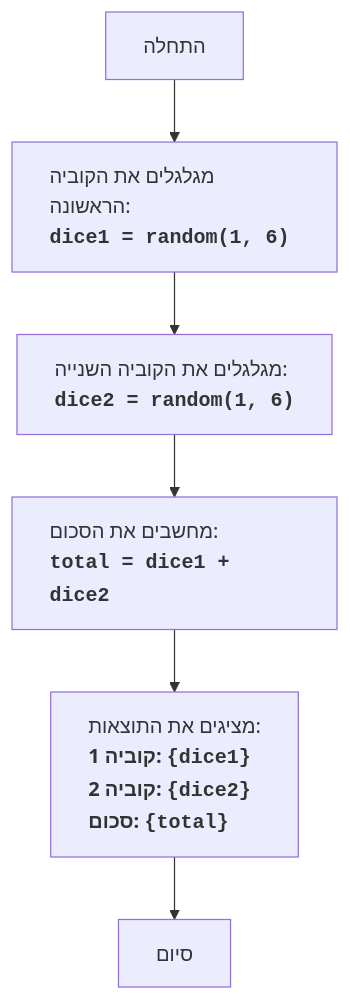
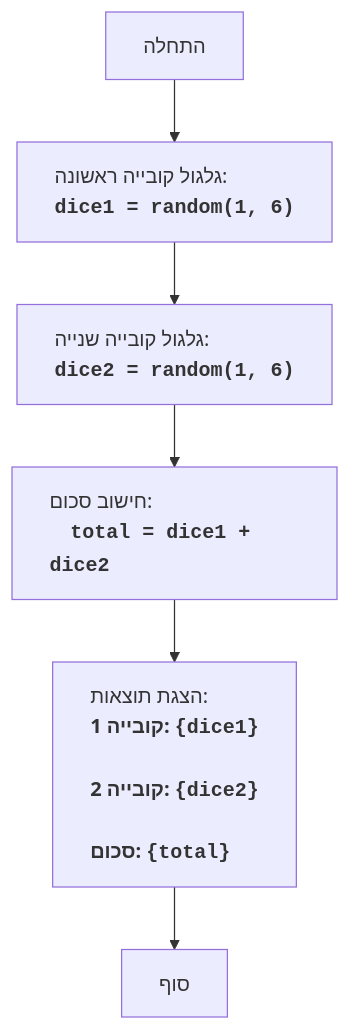
One commit to hypo69/hypo changed the diagram in docs/gemini/he/explainer/src/endpoints/ai_games/101_basic_computer_games/ru/GAMES/DICE/README.MD.md. Above: the diagram before and after it, drawn with Mermaid. The commit also changed other lines of this file and 885 other files, not shown here.

````diff
--- a/docs/gemini/he/explainer/src/endpoints/ai_games/101_basic_computer_games/ru/GAMES/DICE/README.MD.md
+++ b/docs/gemini/he/explainer/src/endpoints/ai_games/101_basic_computer_games/ru/GAMES/DICE/README.MD.md
@@ -29,8 +27,8 @@
 ```mermaid
 flowchart TD
-    Start["התחלה"] --> RollDice1["<p align='left'>מגלגלים את הקוביה הראשונה:<br><code><b>dice1 = random(1, 6)</b></code></p>"]
-    RollDice1 --> RollDice2["<p align='left'>מגלגלים את הקוביה השנייה:<br><code><b>dice2 = random(1, 6)</b></code></p>"]
-    RollDice2 --> CalculateSum["<p align='left'>מחשבים את הסכום:<br><code><b>total = dice1 + dice2</b></code></p>"]
-    CalculateSum --> OutputResults["<p align='left'>מציגים את התוצאות:<br><b>קוביה 1: <code>{dice1}</code></b><br><b>קוביה 2: <code>{dice2}</code></b><br><b>סכום: <code>{total}</code></b></p>"]
-    OutputResults --> End["סיום"]
+    Start["התחלה"] --> RollDice1["<p align='left'>גלגול קובייה ראשונה: \n    <code><b>dice1 = random(1, 6)</b></code></p>"]
+    RollDice1 --> RollDice2["<p align='left'>גלגול קובייה שנייה:\n    <code><b>dice2 = random(1, 6)</b></code></p>"]
+    RollDice2 --> CalculateSum["<p align='left'>חישוב סכום:\n    <code><b>total = dice1 + dice2</b></code></p>"]
+    CalculateSum --> OutputResults["<p align='left'>הצגת תוצאות:\n    <b>קובייה 1: <code>{dice1}</code></b><br>\n    <b>קובייה 2: <code>{dice2}</code></b><br>\n    <b>סכום: <code>{total}</code></b></p>"]
+    OutputResults --> End["סוף"]
 ```
````
